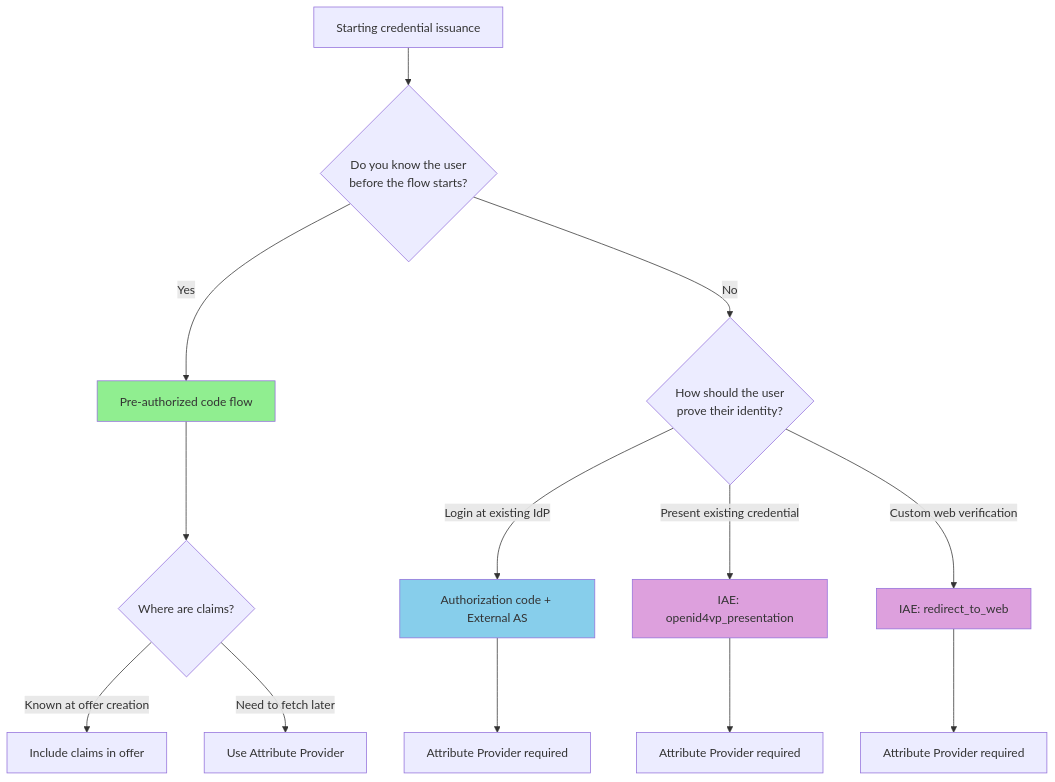
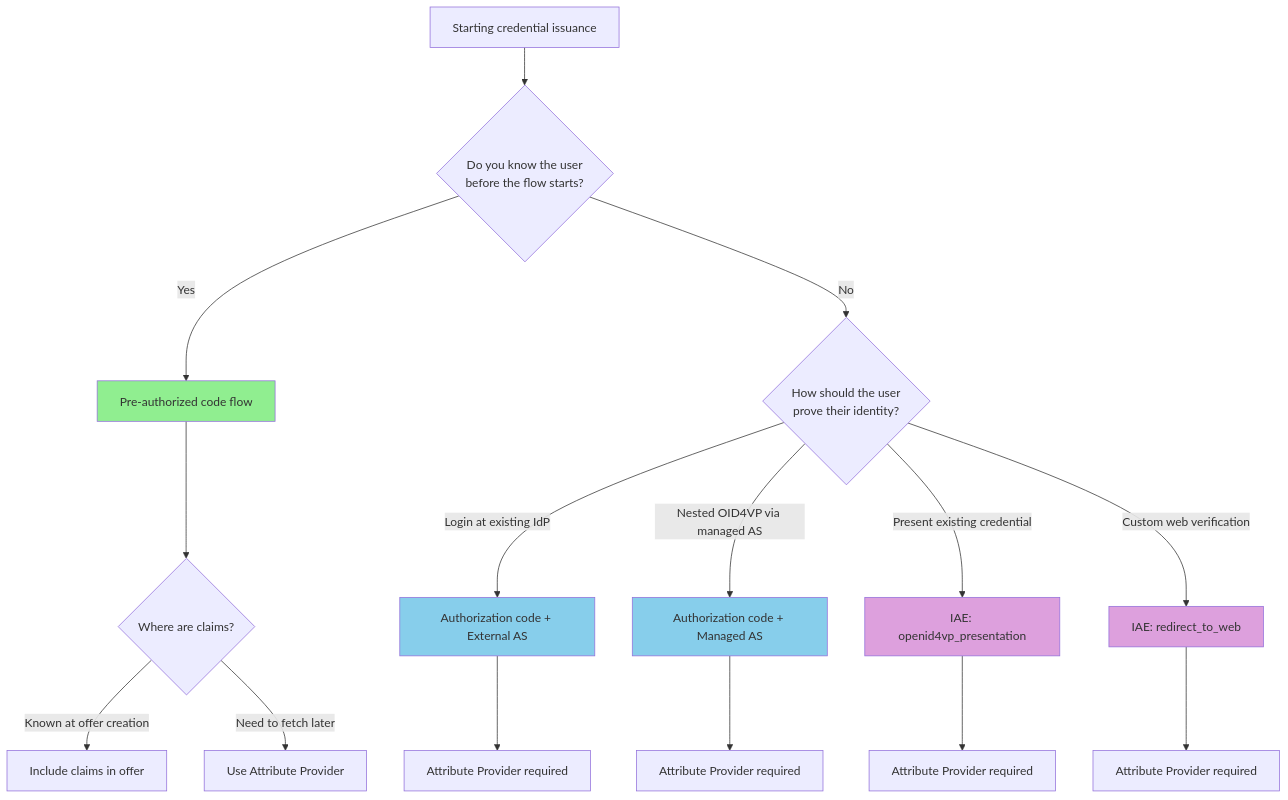
The seventh of 7 diagrams in docs/getting-started/issuance/index.md (openwallet-foundation/eudiplo), drawn with Mermaid before and after one commit. The commit also changed other lines of this file and 5 other files, not shown here.

````diff
--- a/docs/getting-started/issuance/index.md
+++ b/docs/getting-started/issuance/index.md
@@ -369,24 +433,27 @@
 ```mermaid
 flowchart TD
     A[Starting credential issuance] --> B{Do you know the user<br/>before the flow starts?}
 
     B -->|Yes| C[Pre-authorized code flow]
     B -->|No| D{How should the user<br/>prove their identity?}
 
     D -->|Login at existing IdP| E[Authorization code + External AS]
-    D -->|Present existing credential| F[IAE: openid4vp_presentation]
-    D -->|Custom web verification| G[IAE: redirect_to_web]
+    D -->|Nested OID4VP via managed AS| F[Authorization code + Managed AS]
+    D -->|Present existing credential| G[IAE: openid4vp_presentation]
+    D -->|Custom web verification| H[IAE: redirect_to_web]
 
-    C --> H{Where are claims?}
-    H -->|Known at offer creation| I[Include claims in offer]
-    H -->|Need to fetch later| J[Use Attribute Provider]
+    C --> Q{Where are claims?}
+    Q -->|Known at offer creation| I[Include claims in offer]
+    Q -->|Need to fetch later| J[Use Attribute Provider]
 
     E --> K[Attribute Provider required]
     F --> L[Attribute Provider required]
     G --> M[Attribute Provider required]
+    H --> N[Attribute Provider required]
 
     style C fill:#90EE90
     style E fill:#87CEEB
-    style F fill:#DDA0DD
+    style F fill:#87CEEB
     style G fill:#DDA0DD
+    style H fill:#DDA0DD
 ```
````
